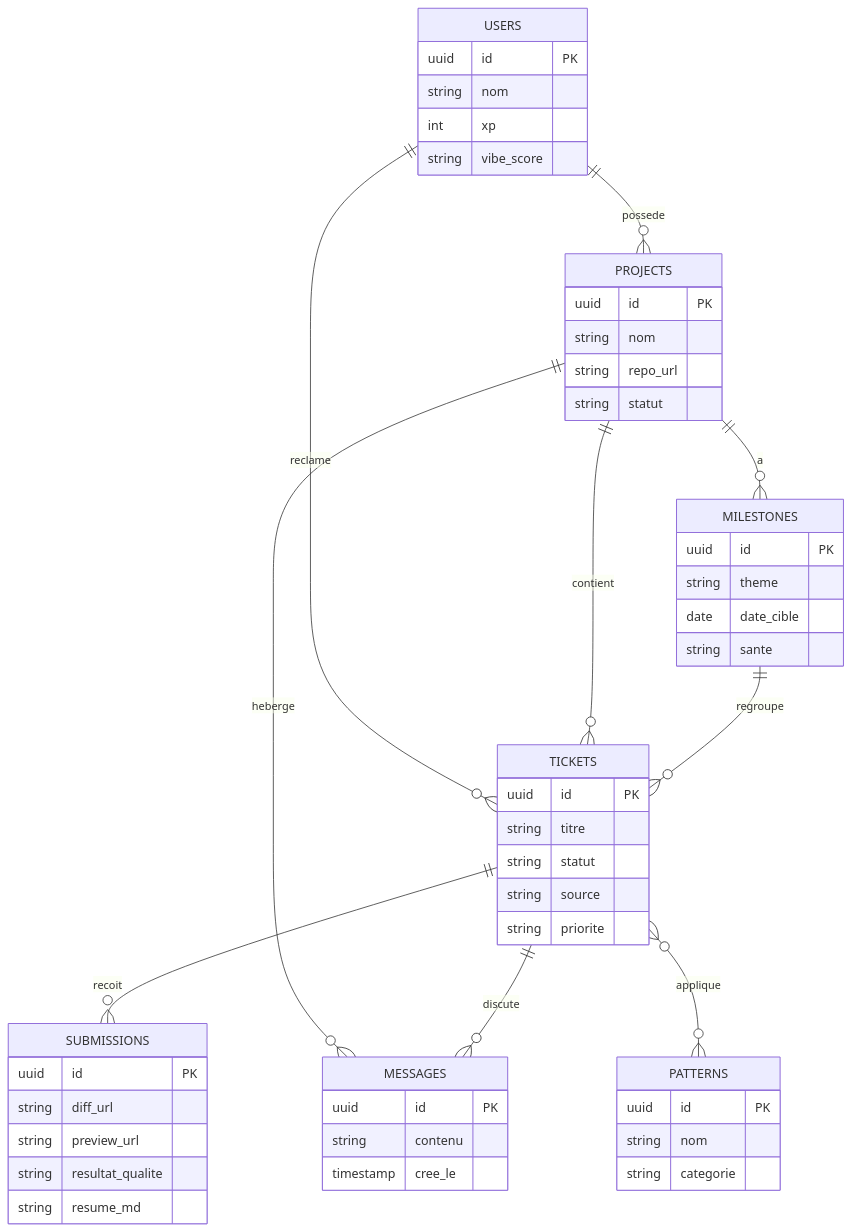
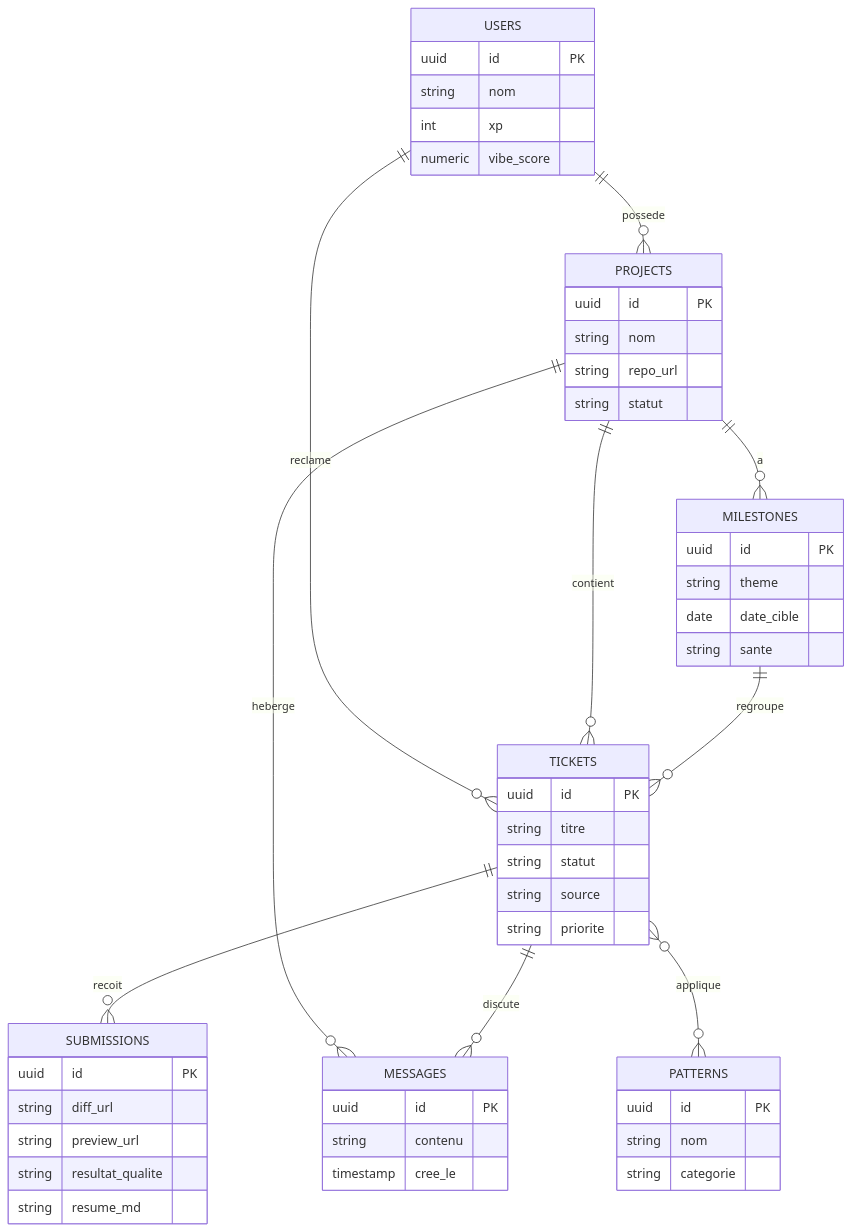
Before and after one commit to ghalilahlou/shemaVaib: the third of 4 diagrams in docs/schemavibe-cahier-des-charges.md, drawn with Mermaid. The commit also changed other lines of this file and 6 other files, not shown here.

First line of the commit message:
fix(SV-002): stocker vibe_score en numeric(5,2) sur une échelle 0-100

````diff
--- a/docs/schemavibe-cahier-des-charges.md
+++ b/docs/schemavibe-cahier-des-charges.md
@@ -183,55 +183,55 @@
 ```mermaid
 erDiagram
     USERS ||--o{ PROJECTS : possede
     USERS ||--o{ TICKETS : reclame
     PROJECTS ||--o{ TICKETS : contient
     PROJECTS ||--o{ MILESTONES : a
     MILESTONES ||--o{ TICKETS : regroupe
     TICKETS ||--o{ SUBMISSIONS : recoit
     PROJECTS ||--o{ MESSAGES : heberge
     TICKETS ||--o{ MESSAGES : discute
     TICKETS }o--o{ PATTERNS : applique
 
     USERS {
         uuid id PK
         string nom
         int xp
-        string vibe_score
+        numeric vibe_score
     }
     PROJECTS {
         uuid id PK
         string nom
         string repo_url
         string statut
     }
     MILESTONES {
         uuid id PK
         string theme
         date date_cible
         string sante
     }
     TICKETS {
         uuid id PK
         string titre
         string statut
         string source
         string priorite
     }
     SUBMISSIONS {
         uuid id PK
         string diff_url
         string preview_url
         string resultat_qualite
         string resume_md
     }
     MESSAGES {
         uuid id PK
         string contenu
         timestamp cree_le
     }
     PATTERNS {
         uuid id PK
         string nom
         string categorie
     }
 ```
````
